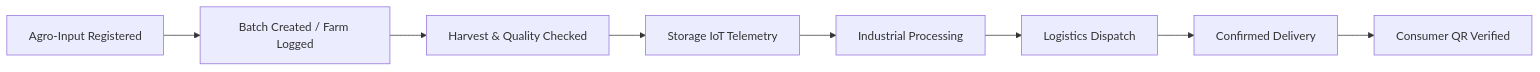
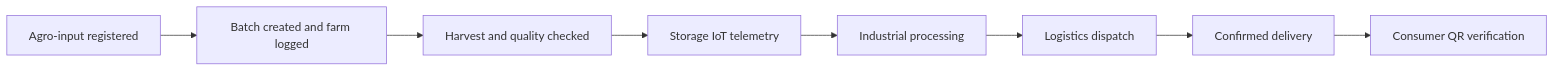
Before and after one commit to MAVIS-creator/AgroChain: the diagram in README.md, drawn with Mermaid.

Commit message:
docs: fix GitHub Mermaid workflow rendering

````diff
--- a/README.md
+++ b/README.md
@@ -93,10 +93,10 @@
 ```mermaid
 flowchart LR
-    A[Agro-Input Registered] --> B[Batch Created / Farm Logged]
-    B --> C[Harvest & Quality Checked]
-    C --> D[Storage IoT Telemetry]
-    D --> E[Industrial Processing]
-    E --> F[Logistics Dispatch]
-    F --> G[Confirmed Delivery]
-    G --> H[Consumer QR Verified]
+    A["Agro-input registered"] --> B["Batch created and farm logged"]
+    B --> C["Harvest and quality checked"]
+    C --> D["Storage IoT telemetry"]
+    D --> E["Industrial processing"]
+    E --> F["Logistics dispatch"]
+    F --> G["Confirmed delivery"]
+    G --> H["Consumer QR verification"]
 ```
````
